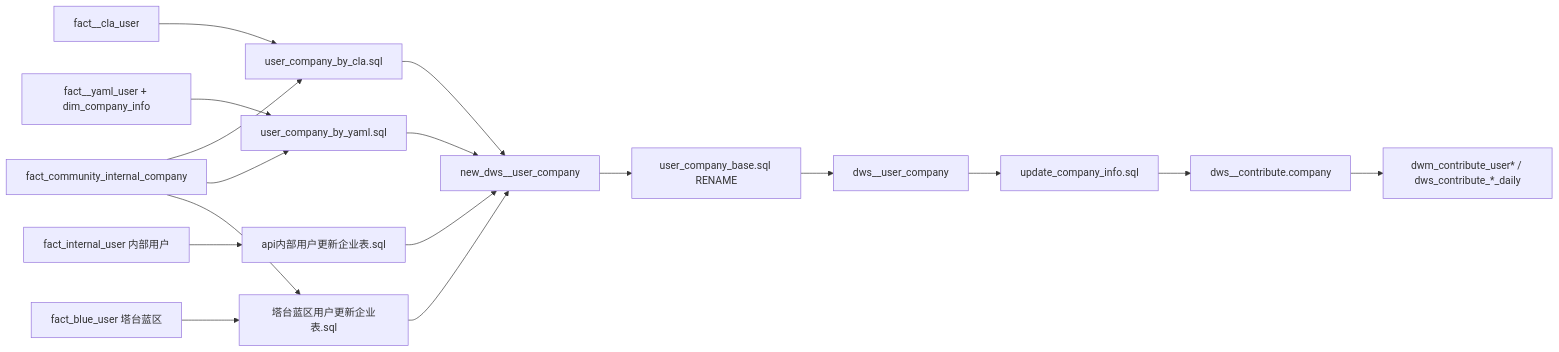
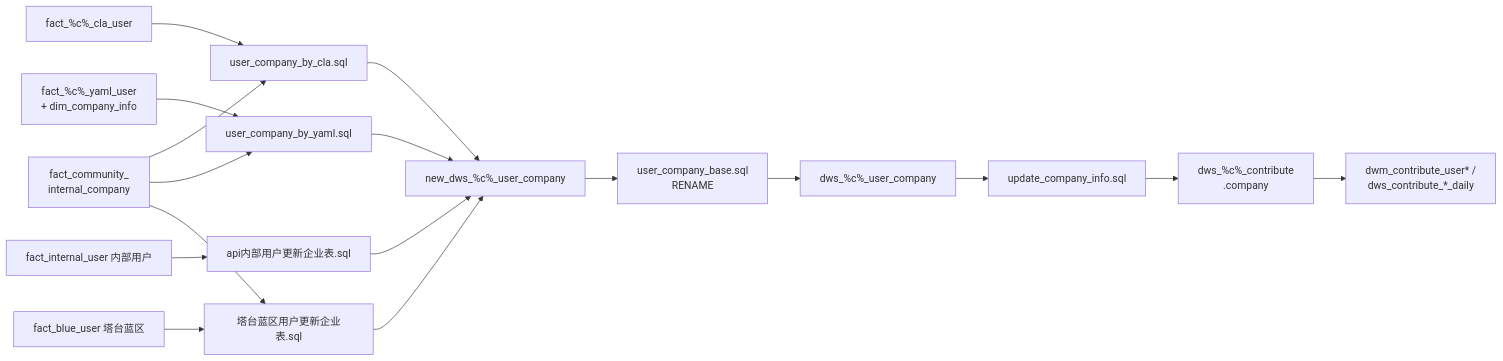
Before and after one commit to Kaede10/om-data: the third of 5 diagrams in src/om-datacenter.md, drawn with Mermaid. The commit also changed other lines of this file, not shown here.

````diff
--- a/src/om-datacenter.md
+++ b/src/om-datacenter.md
@@ -339,15 +340,15 @@
 ```mermaid
 graph LR
-    CLA[fact_<c>_cla_user] --> U1[user_company_by_cla.sql]
-    YAML[fact_<c>_yaml_user + dim_company_info] --> U2[user_company_by_yaml.sql]
+    CLA[fact_%c%_cla_user] --> U1[user_company_by_cla.sql]
+    YAML[fact_%c%_yaml_user<br/>+ dim_company_info] --> U2[user_company_by_yaml.sql]
     INT[fact_internal_user 内部用户] --> U3[api内部用户更新企业表.sql]
     BLUE[fact_blue_user 塔台蓝区] --> U4[塔台蓝区用户更新企业表.sql]
-    INTERNAL[fact_community_internal_company] --> U1 & U2 & U4
+    INTERNAL[fact_community_<br/>internal_company] --> U1 & U2 & U4
 
-    U1 & U2 & U3 & U4 --> NEW[new_dws_<c>_user_company]
-    NEW --> BASE[user_company_base.sql RENAME]
-    BASE --> DWS_UC[dws_<c>_user_company]
+    U1 & U2 & U3 & U4 --> NEW[new_dws_%c%_user_company]
+    NEW --> BASE[user_company_base.sql<br/>RENAME]
+    BASE --> DWS_UC[dws_%c%_user_company]
     DWS_UC --> UPD[update_company_info.sql]
-    UPD --> DWS_C[dws_<c>_contribute.company]
-    DWS_C --> USERS[dwm_contribute_user* / dws_contribute_*_daily]
+    UPD --> DWS_C[dws_%c%_contribute<br/>.company]
+    DWS_C --> USERS[dwm_contribute_user* /<br/>dws_contribute_*_daily]
 ```
````
